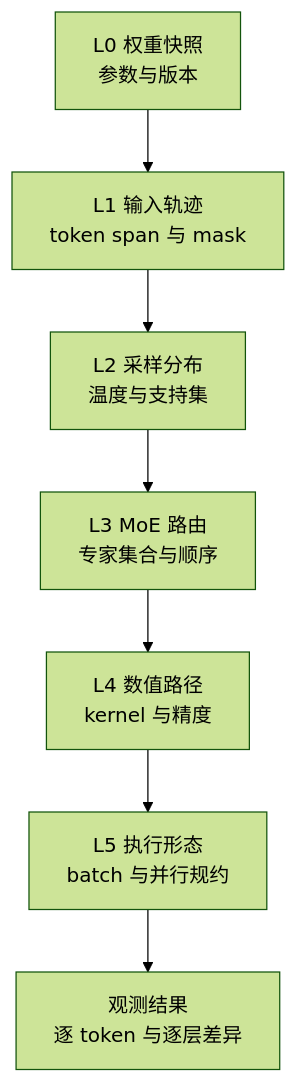
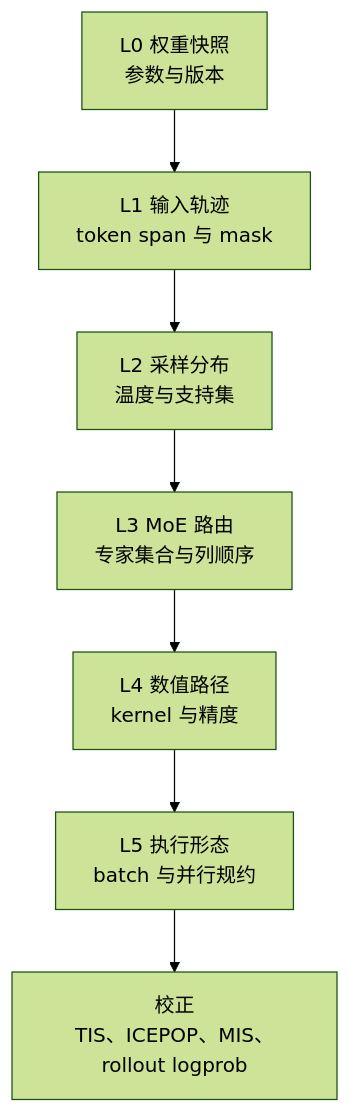
Before and after one commit to suhaibo666/llm-knowledge: the first of 4 diagrams in wiki/02_engineering/04_posttrain_frameworks/slime/17_slime_train_inference_consistency_analysis.md, drawn with Mermaid (forest theme). The commit also changed other lines of this file and 89 other files, not shown here.

````diff
--- a/wiki/02_engineering/04_posttrain_frameworks/slime/17_slime_train_inference_consistency_analysis.md
+++ b/wiki/02_engineering/04_posttrain_frameworks/slime/17_slime_train_inference_consistency_analysis.md
@@ -33,9 +35,9 @@
 ```mermaid
 flowchart TB
     W["L0 权重快照<br/>参数与版本"] --> I["L1 输入轨迹<br/>token span 与 mask"]
     I --> S["L2 采样分布<br/>温度与支持集"]
-    S --> R["L3 MoE 路由<br/>专家集合与顺序"]
+    S --> R["L3 MoE 路由<br/>专家集合与列顺序"]
     R --> K["L4 数值路径<br/>kernel 与精度"]
     K --> P["L5 执行形态<br/>batch 与并行规约"]
-    P --> O["观测结果<br/>逐 token 与逐层差异"]
+    P --> C["校正<br/>TIS、ICEPOP、MIS、rollout logprob"]
 ```
````
